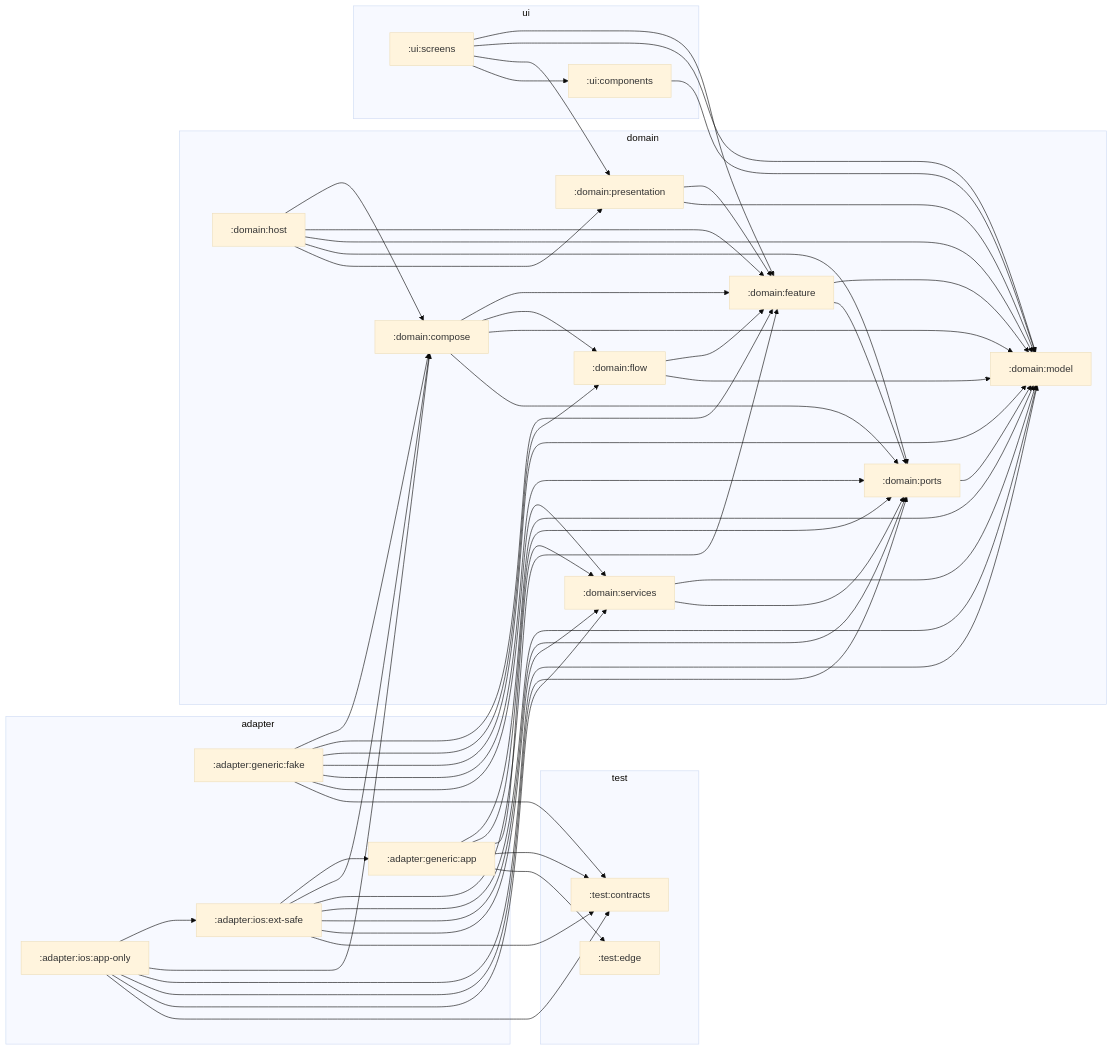
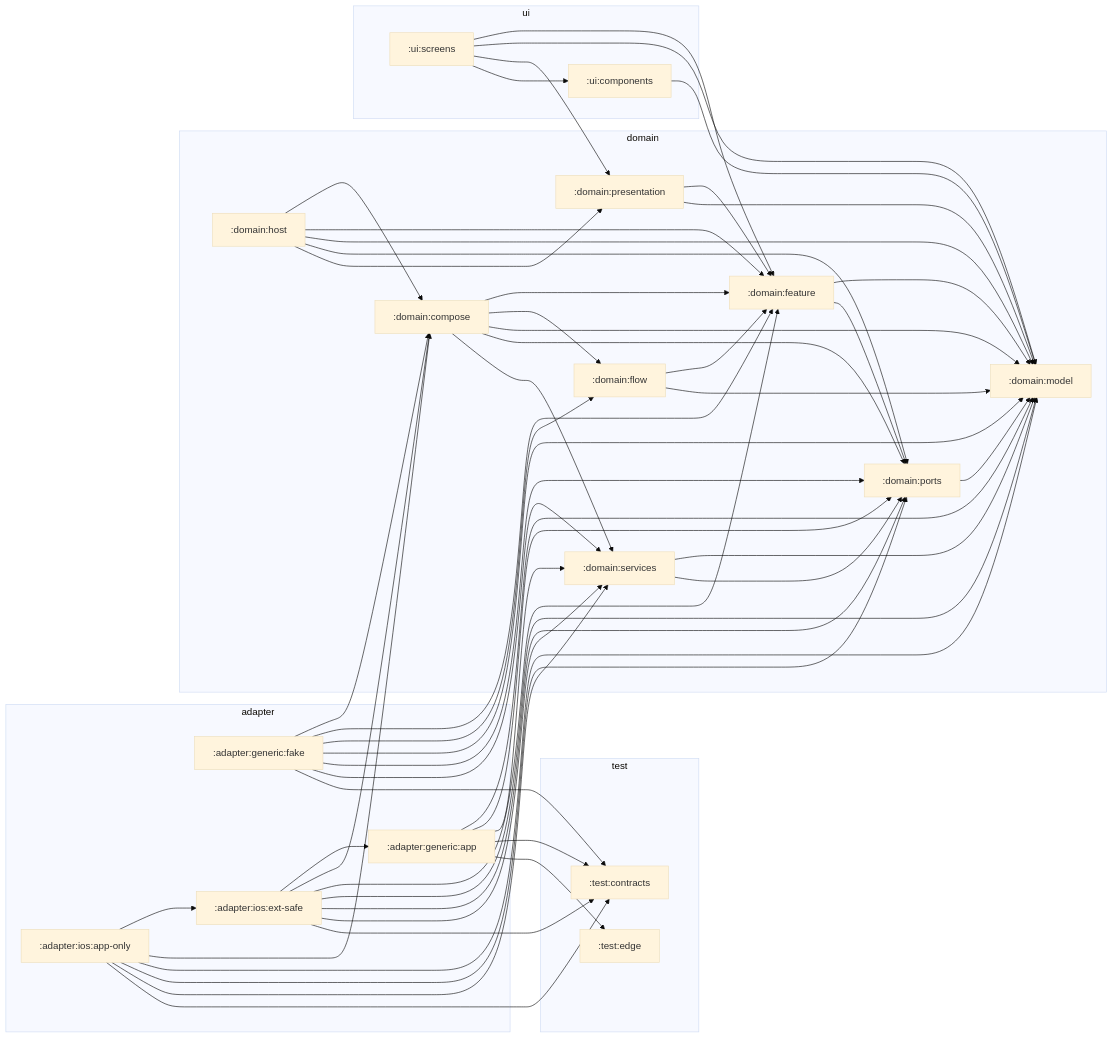
The diagram in architecture/zones.md (stefanhoelzl/SnapSync), drawn with Mermaid (base theme) before and after one commit. The commit also changed 151 other files, not shown here.

````diff
--- a/architecture/zones.md
+++ b/architecture/zones.md
@@ -8,75 +8,76 @@
 ```mermaid
 flowchart LR
   subgraph adapter
     adapter_generic_app[":adapter:generic:app"]
     adapter_generic_fake[":adapter:generic:fake"]
     adapter_ios_app_only[":adapter:ios:app-only"]
     adapter_ios_ext_safe[":adapter:ios:ext-safe"]
   end
   subgraph domain
     domain_compose[":domain:compose"]
     domain_feature[":domain:feature"]
     domain_flow[":domain:flow"]
     domain_host[":domain:host"]
     domain_model[":domain:model"]
     domain_ports[":domain:ports"]
     domain_presentation[":domain:presentation"]
     domain_services[":domain:services"]
   end
   subgraph test
     test_contracts[":test:contracts"]
     test_edge[":test:edge"]
   end
   subgraph ui
     ui_components[":ui:components"]
     ui_screens[":ui:screens"]
   end
   adapter_generic_app --> domain_model
   adapter_generic_app --> domain_ports
   adapter_generic_app --> domain_services
   adapter_generic_app --> test_contracts
   adapter_generic_app --> test_edge
   adapter_generic_fake --> domain_compose
   adapter_generic_fake --> domain_feature
   adapter_generic_fake --> domain_flow
   adapter_generic_fake --> domain_model
   adapter_generic_fake --> domain_ports
   adapter_generic_fake --> domain_services
   adapter_generic_fake --> test_contracts
   adapter_ios_app_only --> adapter_ios_ext_safe
   adapter_ios_app_only --> domain_compose
   adapter_ios_app_only --> domain_model
   adapter_ios_app_only --> domain_ports
   adapter_ios_app_only --> domain_services
   adapter_ios_app_only --> test_contracts
   adapter_ios_ext_safe --> adapter_generic_app
   adapter_ios_ext_safe --> domain_compose
   adapter_ios_ext_safe --> domain_feature
   adapter_ios_ext_safe --> domain_model
   adapter_ios_ext_safe --> domain_ports
   adapter_ios_ext_safe --> domain_services
   adapter_ios_ext_safe --> test_contracts
   domain_compose --> domain_feature
   domain_compose --> domain_flow
   domain_compose --> domain_model
   domain_compose --> domain_ports
+  domain_compose --> domain_services
   domain_feature --> domain_model
   domain_feature --> domain_ports
   domain_flow --> domain_feature
   domain_flow --> domain_model
   domain_host --> domain_compose
   domain_host --> domain_feature
   domain_host --> domain_model
   domain_host --> domain_ports
   domain_host --> domain_presentation
   domain_ports --> domain_model
   domain_presentation --> domain_feature
   domain_presentation --> domain_model
   domain_services --> domain_model
   domain_services --> domain_ports
   ui_components --> domain_model
   ui_screens --> domain_feature
   ui_screens --> domain_model
   ui_screens --> domain_presentation
   ui_screens --> ui_components
 ```
````
